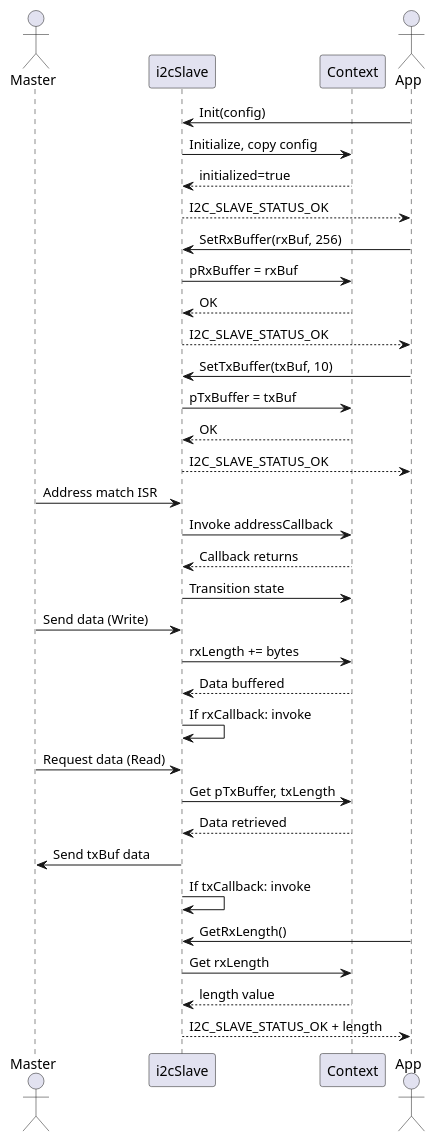
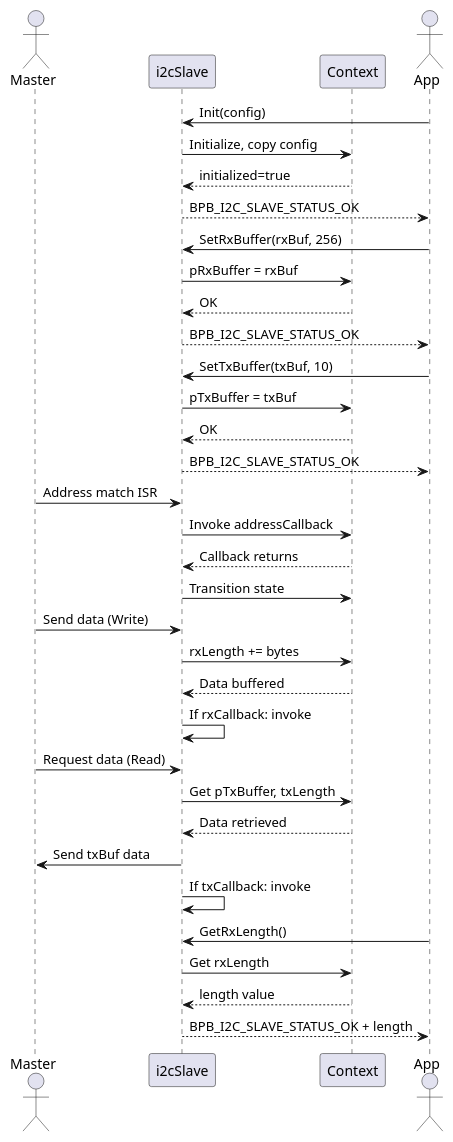
Before and after one commit to LinhTrucVo/Bico_Protocol_Bridge: the diagram in 3_swComp/layer1Driver/i2cSlaveDriver/2_design/i2cSlaveDriverSequenceDiagram.puml, drawn with PlantUML. The commit also changed 195 other files, not shown here.

```diff
--- a/3_swComp/layer1Driver/i2cSlaveDriver/2_design/i2cSlaveDriverSequenceDiagram.puml
+++ b/3_swComp/layer1Driver/i2cSlaveDriver/2_design/i2cSlaveDriverSequenceDiagram.puml
@@ -1,42 +1,42 @@
 @startuml i2cSlaveDriverSequenceDiagram
 actor "Master" as master
 participant "i2cSlave" as slave
 participant "Context" as ctx
 actor "App" as app
 
 app -> slave : Init(config)
 slave -> ctx : Initialize, copy config
 ctx --> slave : initialized=true
-slave --> app : I2C_SLAVE_STATUS_OK
+slave --> app : BPB_I2C_SLAVE_STATUS_OK
 
 app -> slave : SetRxBuffer(rxBuf, 256)
 slave -> ctx : pRxBuffer = rxBuf
 ctx --> slave : OK
-slave --> app : I2C_SLAVE_STATUS_OK
+slave --> app : BPB_I2C_SLAVE_STATUS_OK
 
 app -> slave : SetTxBuffer(txBuf, 10)
 slave -> ctx : pTxBuffer = txBuf
 ctx --> slave : OK
-slave --> app : I2C_SLAVE_STATUS_OK
+slave --> app : BPB_I2C_SLAVE_STATUS_OK
 
 master -> slave : Address match ISR
 slave -> ctx : Invoke addressCallback
 ctx --> slave : Callback returns
 slave -> ctx : Transition state
 
 master -> slave : Send data (Write)
 slave -> ctx : rxLength += bytes
 ctx --> slave : Data buffered
 slave -> slave : If rxCallback: invoke
 
 master -> slave : Request data (Read)
 slave -> ctx : Get pTxBuffer, txLength
 ctx --> slave : Data retrieved
 slave -> master : Send txBuf data
 slave -> slave : If txCallback: invoke
 
 app -> slave : GetRxLength()
 slave -> ctx : Get rxLength
 ctx --> slave : length value
-slave --> app : I2C_SLAVE_STATUS_OK + length
+slave --> app : BPB_I2C_SLAVE_STATUS_OK + length
 @enduml
```
